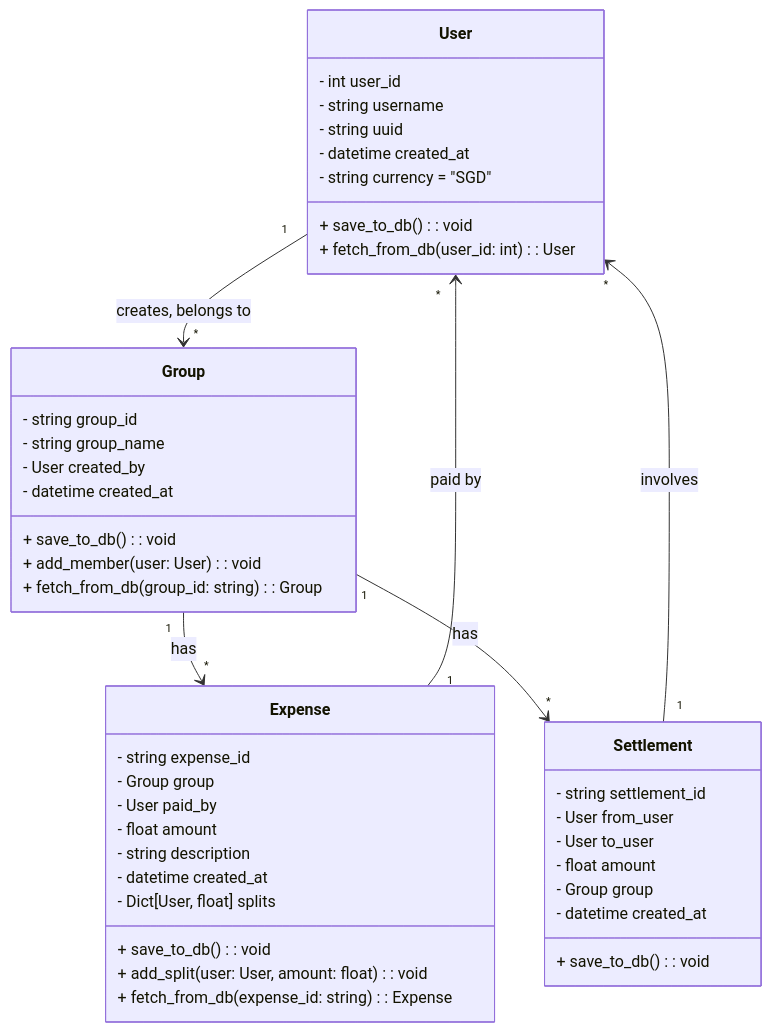
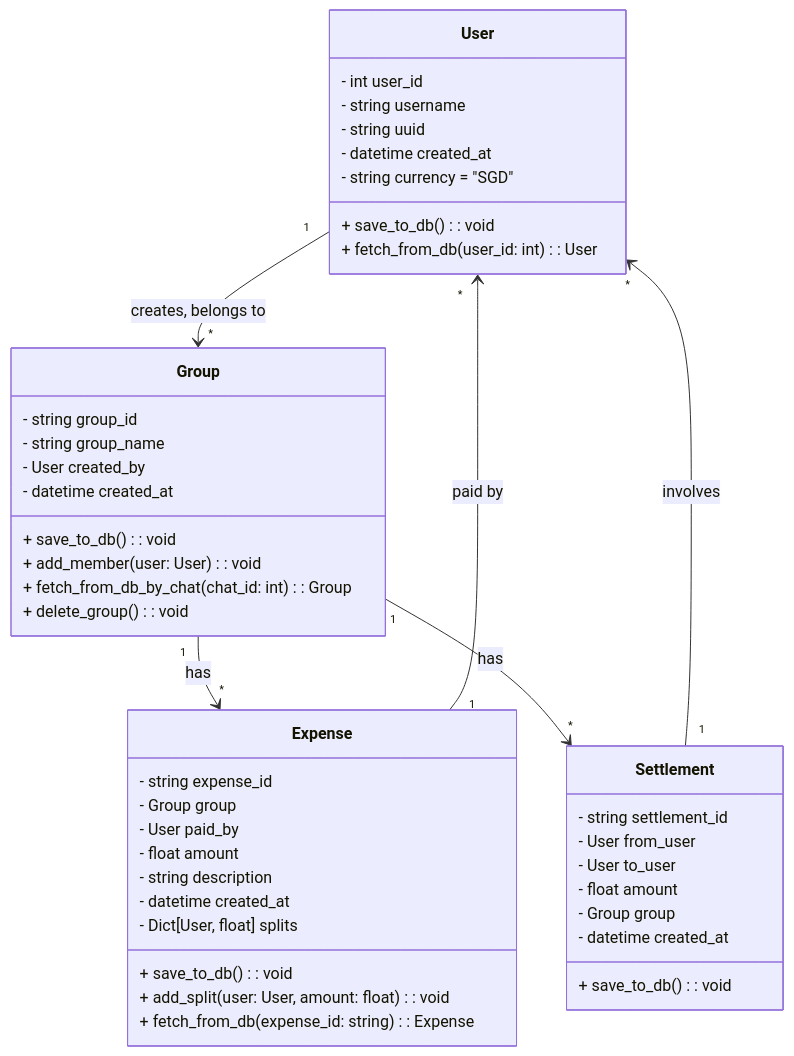
Before and after one commit to davidchanwz/coconutsplit: the second of 2 diagrams in README.md, drawn with Mermaid.

````diff
--- a/README.md
+++ b/README.md
@@ -215,52 +215,53 @@
 ```mermaid
 
 classDiagram
     class User {
         - int user_id
         - string username
         - string uuid
         - datetime created_at
         - string currency = "SGD"
         + save_to_db(): void
         + fetch_from_db(user_id: int): User
     }
     
     class Group {
         - string group_id
         - string group_name
         - User created_by
         - datetime created_at
         + save_to_db(): void
         + add_member(user: User): void
-        + fetch_from_db(group_id: string): Group
+        + fetch_from_db_by_chat(chat_id: int): Group
+        + delete_group(): void
     }
 
     class Expense {
         - string expense_id
         - Group group
         - User paid_by
         - float amount
         - string description
         - datetime created_at
         - Dict[User, float] splits
         + save_to_db(): void
         + add_split(user: User, amount: float): void
         + fetch_from_db(expense_id: string): Expense
     }
 
     class Settlement {
         - string settlement_id
         - User from_user
         - User to_user
         - float amount
         - Group group
         - datetime created_at
         + save_to_db(): void
     }
 
     User "1" --> "*" Group : creates, belongs to
     Group "1" --> "*" Expense : has
     Expense "1" --> "*" User : paid by
     Group "1" --> "*" Settlement : has
     Settlement "1" --> "*" User : involves
 ```
````
